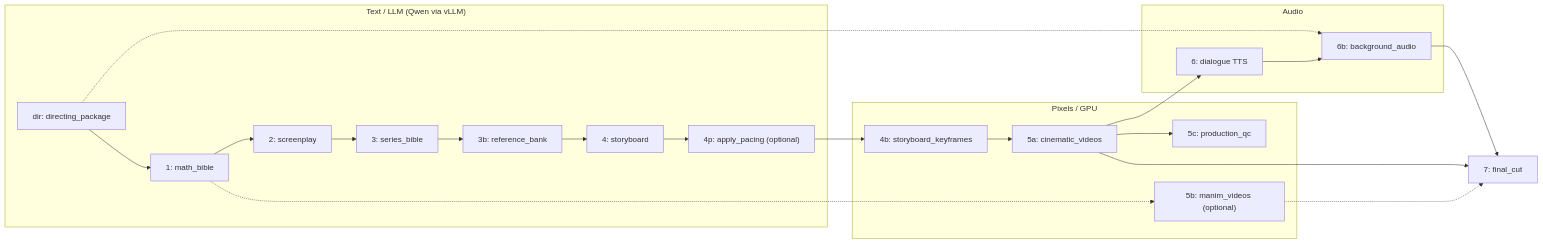
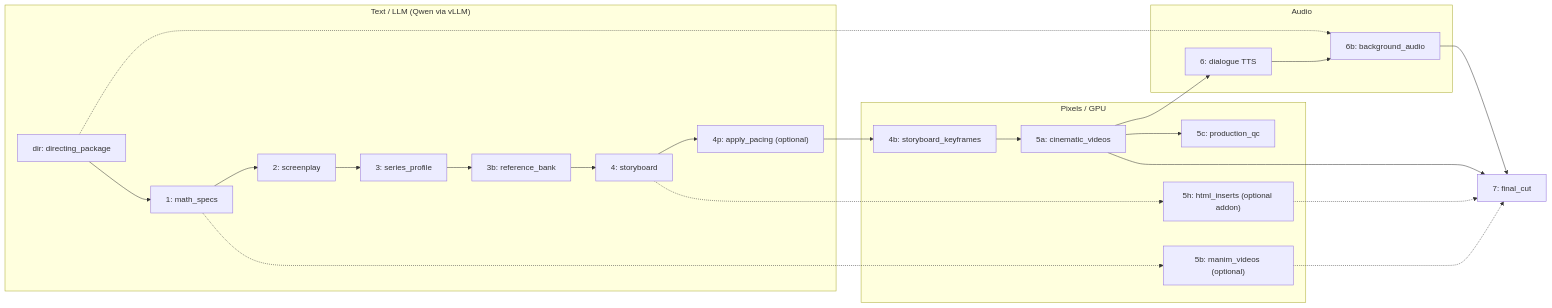
Before and after one commit to saisritejakuppaEros/EducationContentGeneration: the diagram in scripts/README.md, drawn with Mermaid. The commit also changed other lines of this file and 85 other files, not shown here.

Commit message:
html addon

````diff
--- a/scripts/README.md
+++ b/scripts/README.md
@@ -7,31 +7,34 @@
 ```mermaid
 flowchart LR
   subgraph text["Text / LLM (Qwen via vLLM)"]
     dir["dir: directing_package"]
-    s1["1: math_bible"]
+    s1["1: math_specs"]
     s2["2: screenplay"]
-    s3["3: series_bible"]
+    s3["3: series_profile"]
     s3b["3b: reference_bank"]
     s4["4: storyboard"]
     s4p["4p: apply_pacing (optional)"]
   end
   subgraph pixels["Pixels / GPU"]
     s4b["4b: storyboard_keyframes"]
     s5a["5a: cinematic_videos"]
     s5c["5c: production_qc"]
     s5b["5b: manim_videos (optional)"]
+    s5h["5h: html_inserts (optional addon)"]
   end
   subgraph audio["Audio"]
     s6["6: dialogue TTS"]
     s6b["6b: background_audio"]
   end
   s7["7: final_cut"]
 
-  dir --> s1 --> s2 --> s3 --> s3b --> s4 --> s4p --> s4b --> s5a --> s5c
+  dir --> s1 --> s2 --> s3 --> s3b --> s4 --> s4p --> s4b -->   s5a --> s5c
   s5a --> s6
   s1 -.-> s5b
+  s4 -.-> s5h
   s5b -.-> s7
+  s5h -.-> s7
   s5a --> s7
   s6 --> s6b --> s7
   dir -.-> s6b
 ```
````
